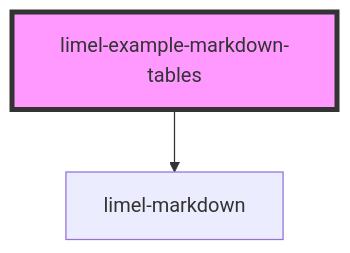
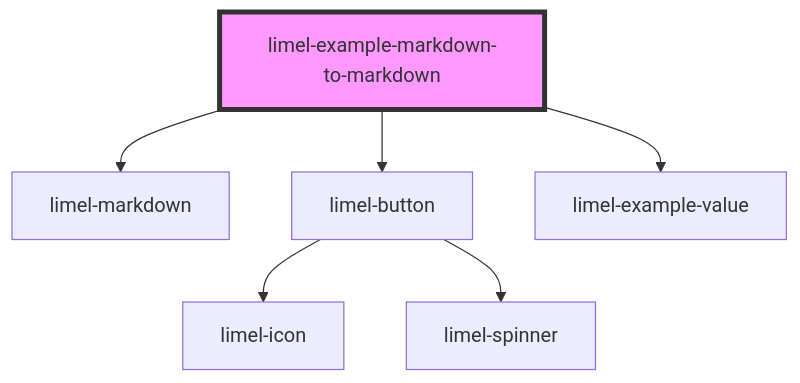
The diagram in versions/PR-4241/markdown-docs/components/markdown/examples/readme.md (Lundalogik/lime-elements), drawn with Mermaid before and after one commit. The commit also changed other lines of this file and 632 other files, not shown here.

````diff
--- a/versions/PR-4241/markdown-docs/components/markdown/examples/readme.md
+++ b/versions/PR-4241/markdown-docs/components/markdown/examples/readme.md
@@ -16,5 +26,9 @@
 ```mermaid
 graph TD;
-  limel-example-markdown-tables --> limel-markdown
-  style limel-example-markdown-tables fill:#f9f,stroke:#333,stroke-width:4px
+  limel-example-markdown-to-markdown --> limel-markdown
+  limel-example-markdown-to-markdown --> limel-button
+  limel-example-markdown-to-markdown --> limel-example-value
+  limel-button --> limel-icon
+  limel-button --> limel-spinner
+  style limel-example-markdown-to-markdown fill:#f9f,stroke:#333,stroke-width:4px
 ```
````
